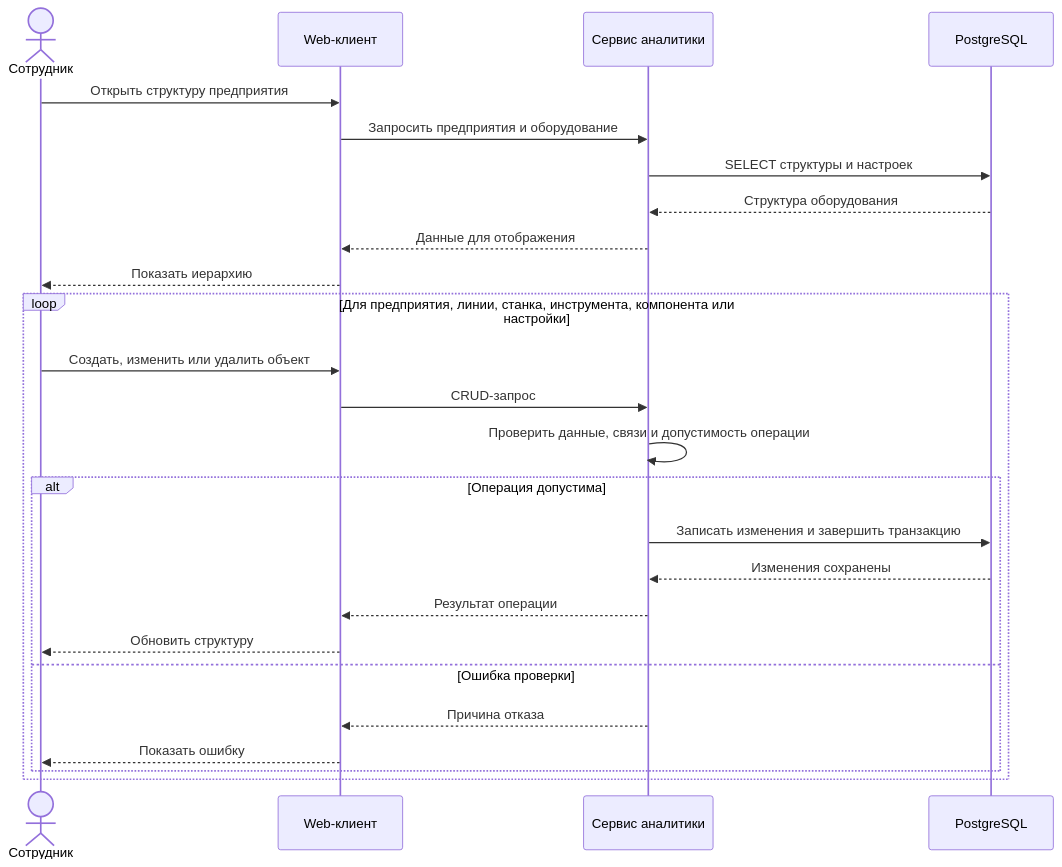
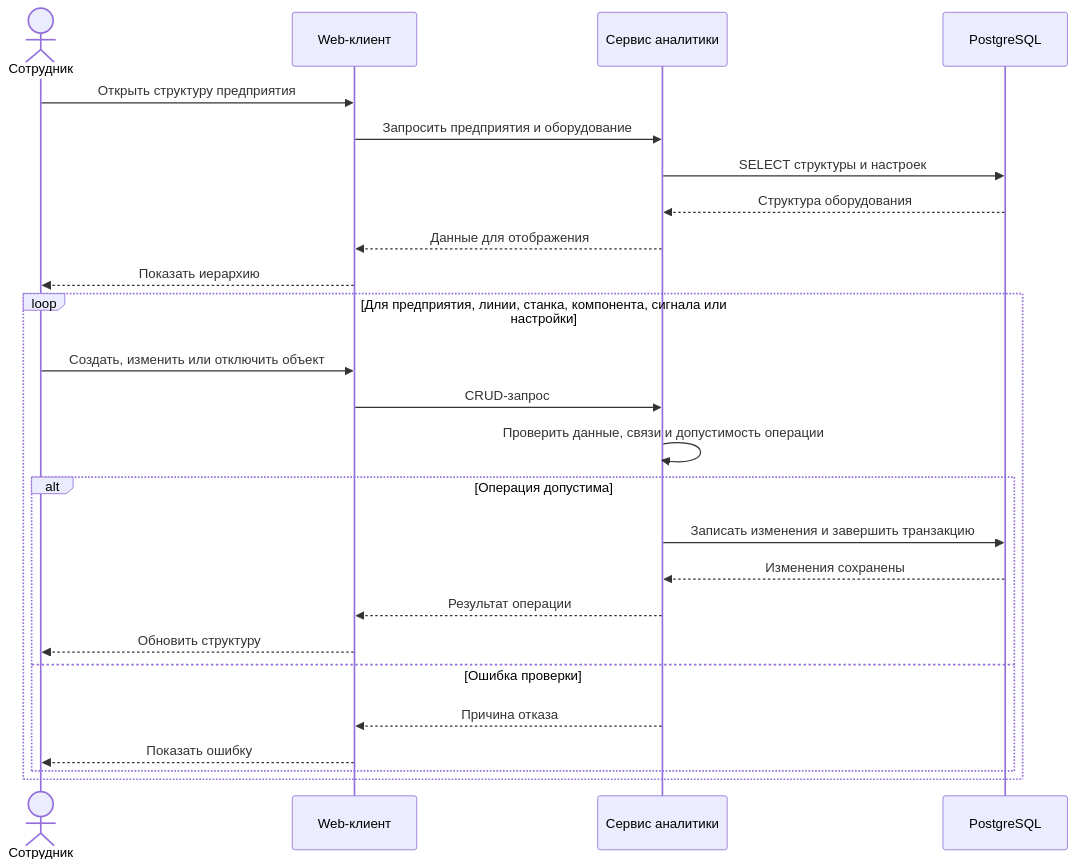
Before and after one commit to FKIT-BI/fkit-bi-infra: the third of 8 diagrams in docs/architecture/fkit-bi-architecture.md, drawn with Mermaid. The commit also changed other lines of this file and 141 other files, not shown here.

Commit message:
docs(architecture): record backend and analytics specifications

````diff
--- a/docs/architecture/fkit-bi-architecture.md
+++ b/docs/architecture/fkit-bi-architecture.md
@@ -161,27 +161,27 @@
 ```mermaid
 sequenceDiagram
     actor U as Сотрудник
     participant W as Web-клиент
     participant B as Сервис аналитики
     participant D as PostgreSQL
     U->>W: Открыть структуру предприятия
     W->>B: Запросить предприятия и оборудование
     B->>D: SELECT структуры и настроек
     D-->>B: Структура оборудования
     B-->>W: Данные для отображения
     W-->>U: Показать иерархию
-    loop Для предприятия, линии, станка, инструмента, компонента или настройки
-        U->>W: Создать, изменить или удалить объект
+    loop Для предприятия, линии, станка, компонента, сигнала или настройки
+        U->>W: Создать, изменить или отключить объект
         W->>B: CRUD-запрос
         B->>B: Проверить данные, связи и допустимость операции
         alt Операция допустима
             B->>D: Записать изменения и завершить транзакцию
             D-->>B: Изменения сохранены
             B-->>W: Результат операции
             W-->>U: Обновить структуру
         else Ошибка проверки
             B-->>W: Причина отказа
             W-->>U: Показать ошибку
         end
     end
 ```
````
